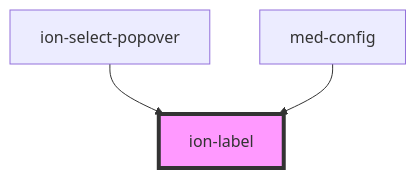
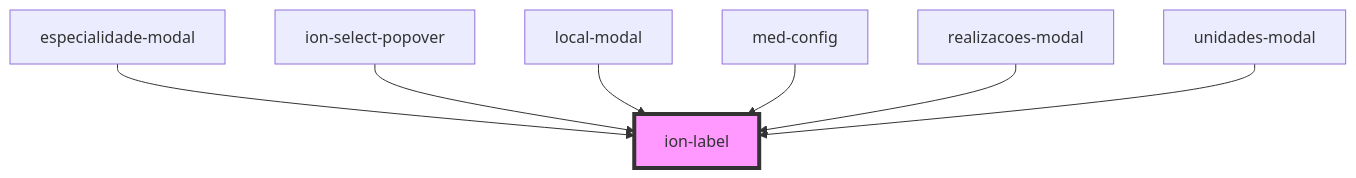
Before and after one commit to MEDGRUPOGIT/ionic-framework-1: the diagram in core/src/components/label/readme.md, drawn with Mermaid. The commit also changed other lines of this file and 30 other files, not shown here.

````diff
--- a/core/src/components/label/readme.md
+++ b/core/src/components/label/readme.md
@@ -310,6 +314,10 @@
 ```mermaid
 graph TD;
+  especialidade-modal --> ion-label
   ion-select-popover --> ion-label
+  local-modal --> ion-label
   med-config --> ion-label
+  realizacoes-modal --> ion-label
+  unidades-modal --> ion-label
   style ion-label fill:#f9f,stroke:#333,stroke-width:4px
 ```
````
